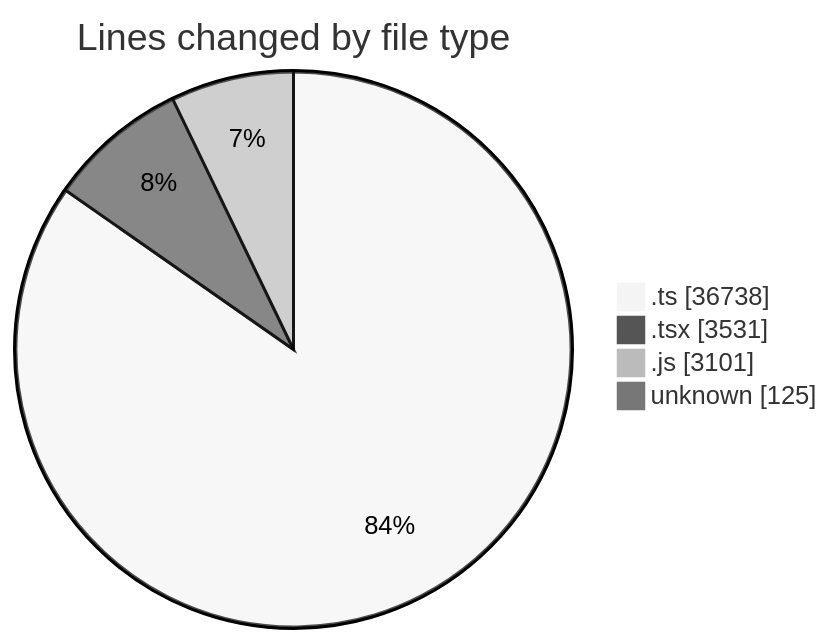
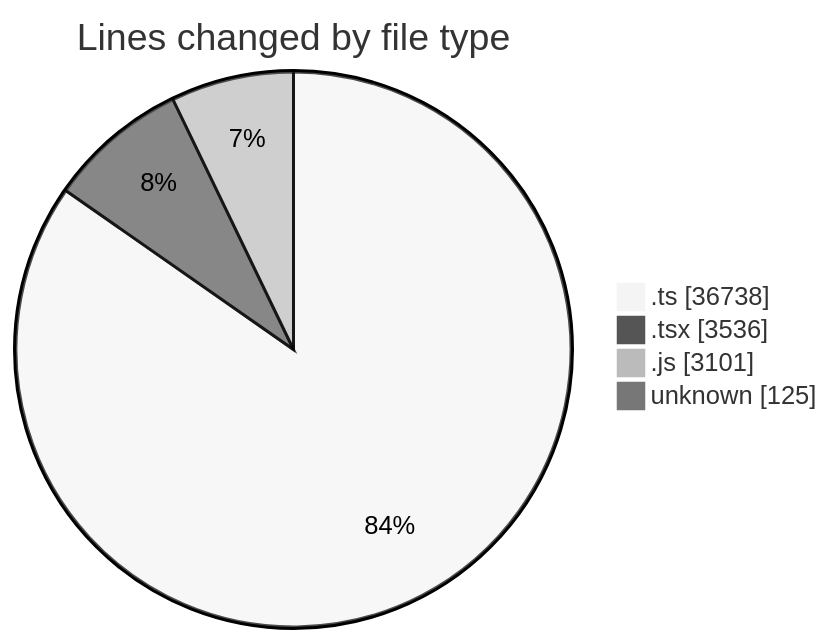
The first of 2 diagrams in 2026-09-18/cda/README.md (momahboobian/code-tracking), drawn with Mermaid (neutral theme) before and after one commit. The commit also changed other lines of this file and 1 other file, not shown here.

````diff
--- a/2026-09-18/cda/README.md
+++ b/2026-09-18/cda/README.md
@@ -52,8 +52,8 @@
 ```mermaid
 pie showData
 title Lines changed by file type
 ".ts" : 36738
-".tsx" : 3531
+".tsx" : 3536
 ".js" : 3101
 "unknown" : 125
 ```
````
